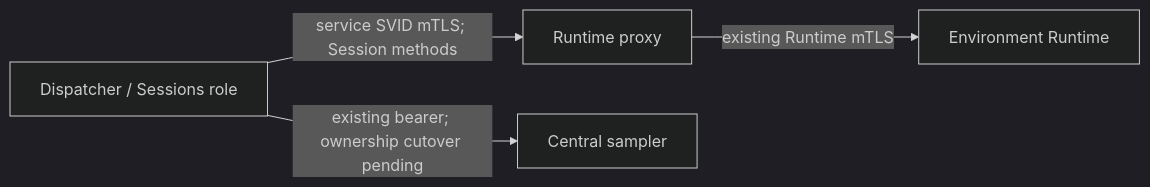
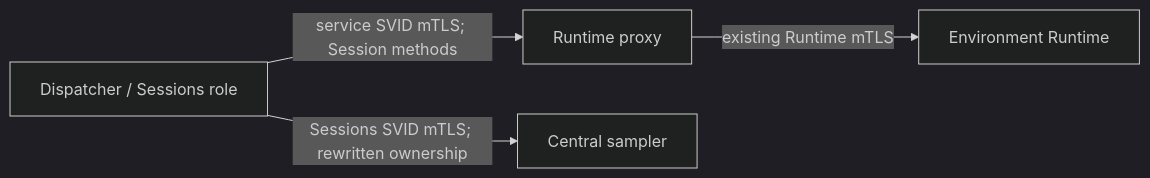
Before and after one commit to agentydragon/ducktape: diagram 18 of 18 in agentplane/docs/system_overview.md, drawn with Mermaid (dark theme). The commit also changed other lines of this file and 2 other files, not shown here.

Commit message:
Use the Sessions SVID for Gateway sampler calls

````diff
--- a/agentplane/docs/system_overview.md
+++ b/agentplane/docs/system_overview.md
@@ -823,6 +823,6 @@
 ```mermaid
 flowchart LR
     sessions[Dispatcher / Sessions role] -->|service SVID mTLS; Session methods| proxy[Runtime proxy]
-    sessions -->|existing bearer; ownership cutover pending| sampler[Central sampler]
+    sessions -->|Sessions SVID mTLS; rewritten ownership| sampler[Central sampler]
     proxy -->|existing Runtime mTLS| runtime[Environment Runtime]
 ```
````
